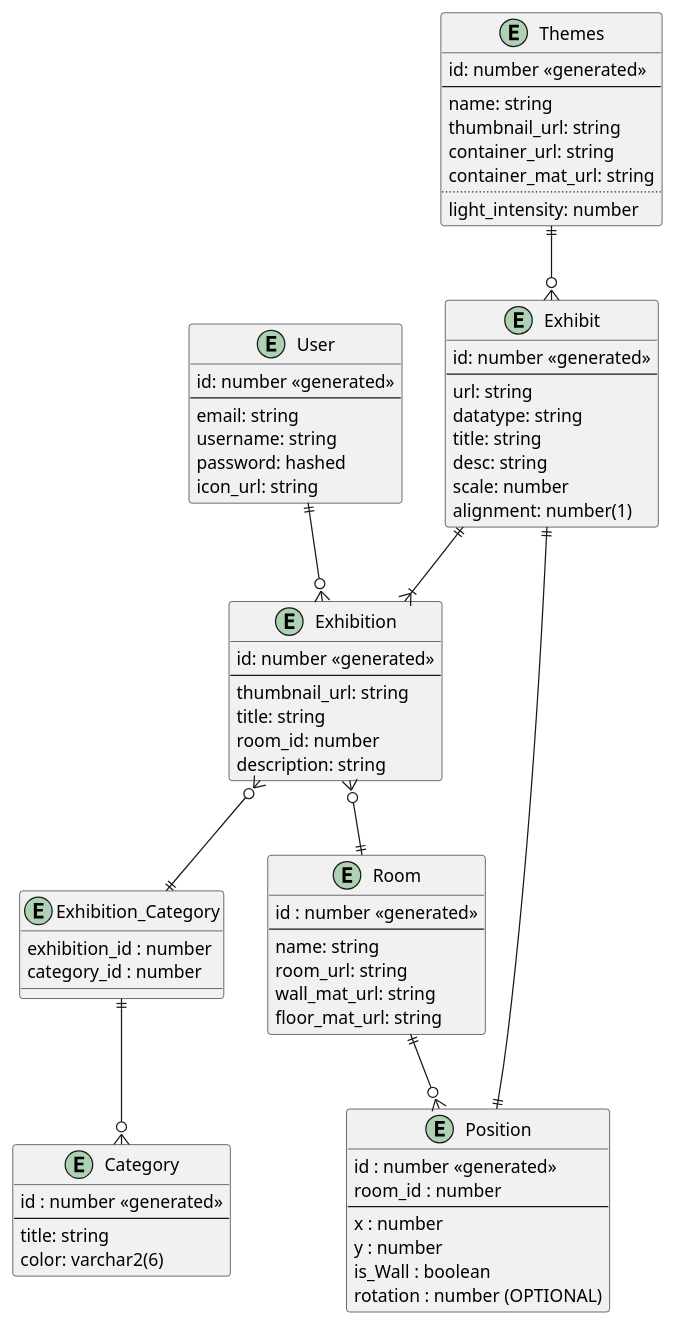
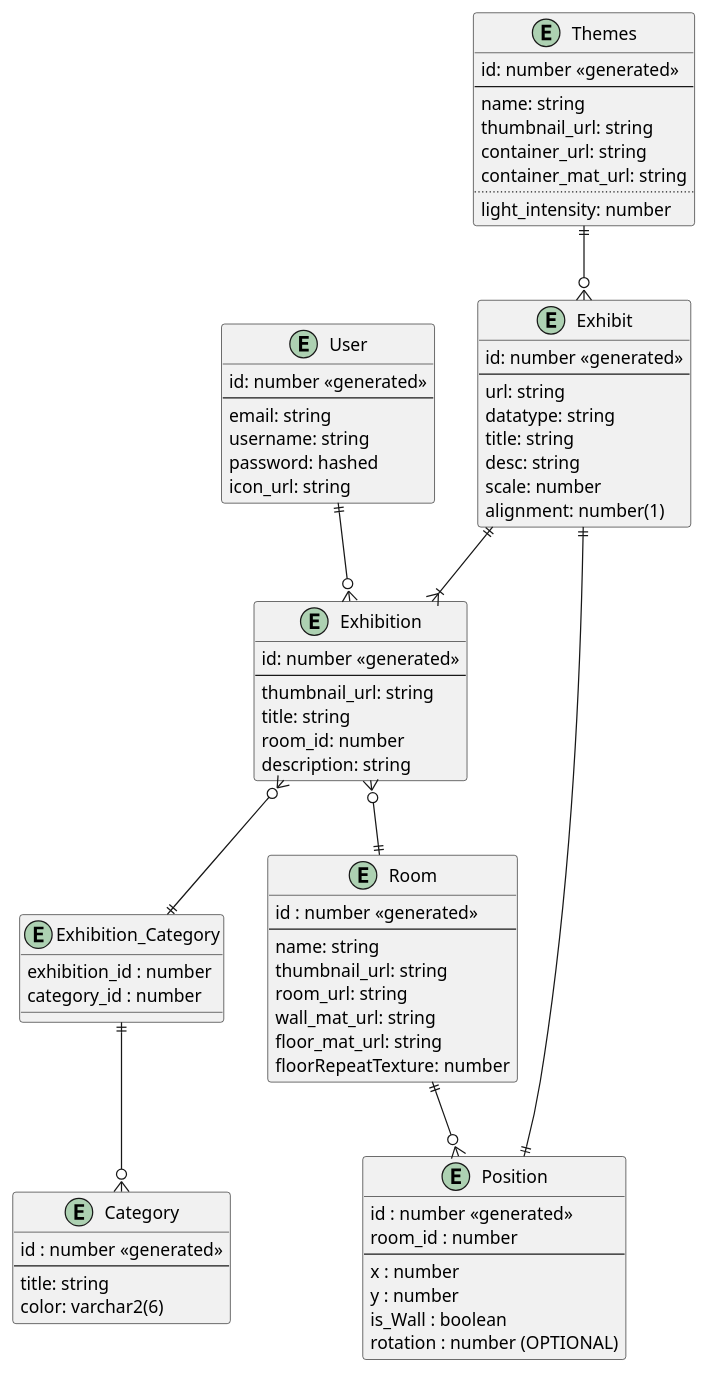
The diagram in ERD/erd.wsd (L0R3N7/3D-Portfolio-Gallery), drawn with PlantUML before and after one commit.

Commit message:
added 2 fields in ERD

```diff
--- a/ERD/erd.wsd
+++ b/ERD/erd.wsd
@@ -1,80 +1,82 @@
 @startuml DA-Klassendiagramm
 entity User {
     id: number <<generated>>
     --
     email: string
     username: string
     password: hashed
     icon_url: string
 }
 
 entity Exhibition {
     id: number <<generated>>
     --
     thumbnail_url: string
     title: string
     room_id: number
     description: string
 }
 entity Themes {
     id: number <<generated>>
     --
     name: string
     thumbnail_url: string
     container_url: string
     container_mat_url: string
     ..
     light_intensity: number
 }
 
 entity Room {
     id : number <<generated>>
     --
     name: string
+    thumbnail_url: string
     room_url: string
     wall_mat_url: string
     floor_mat_url: string
+    floorRepeatTexture: number
 }
 
 entity Position{
     id : number <<generated>>
     room_id : number
     ---
     x : number
     y : number
     is_Wall : boolean
     rotation : number (OPTIONAL)
 }
 
 entity Exhibition_Category {
     exhibition_id : number
     category_id : number
 }
 
 entity Category{
    id : number <<generated>>
    --
    title: string
    color: varchar2(6)
 }
 
 entity Exhibit {
     id: number <<generated>> 
     --
     url: string
     datatype: string
     title: string
     desc: string
     scale: number
     alignment: number(1)
 }
 
 User ||--o{ Exhibition
 Exhibit ||--|{Exhibition
 Exhibit ||--|| Position
 Exhibition }o--|| Exhibition_Category
 Exhibition_Category ||--o{ Category
 Room ||--o{ Position
 Exhibition }o--|| Room
 Themes ||--o{ Exhibit
 @enduml
```
